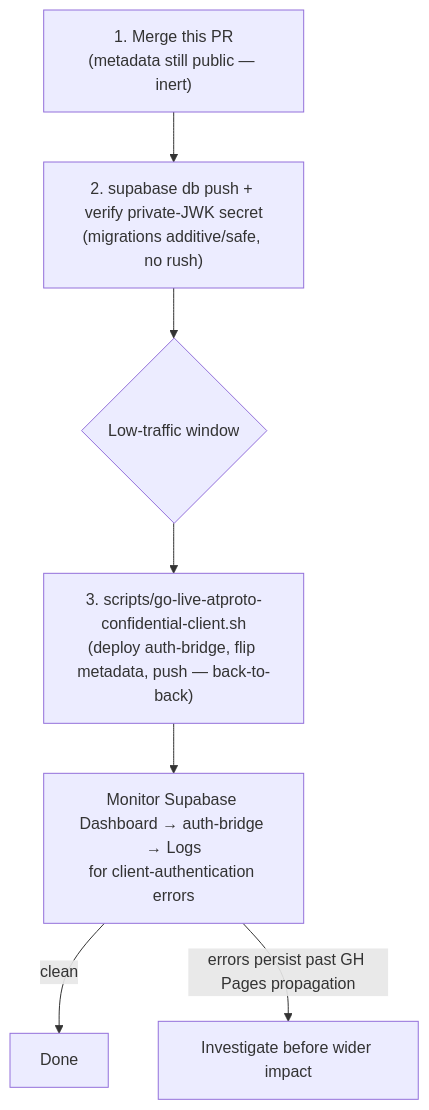
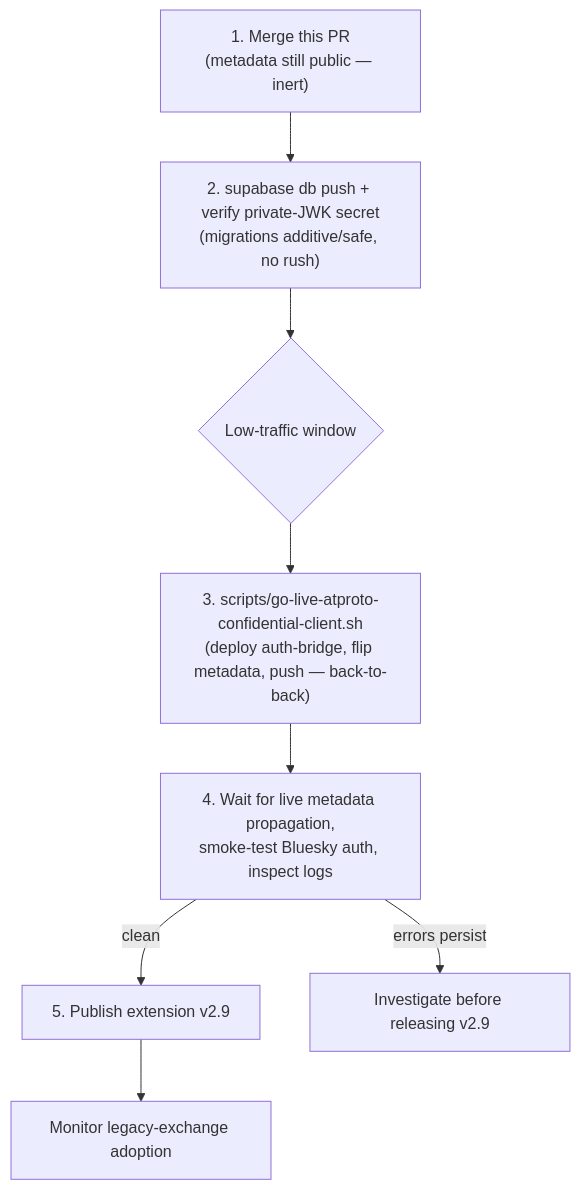
One commit to fettstorch/mustard changed the third of 3 diagrams in specs/atproto-auth/sketch.md. Above: the diagram before and after it, drawn with Mermaid. The commit also changed other lines of this file and 3 other files, not shown here.

````diff
--- a/specs/atproto-auth/sketch.md
+++ b/specs/atproto-auth/sketch.md
@@ -192,9 +193,10 @@
 ```mermaid
 flowchart TD
     A["1. Merge this PR<br/>(metadata still public — inert)"] --> B["2. supabase db push + verify private-JWK secret<br/>(migrations additive/safe, no rush)"]
     B --> C{"Low-traffic window"}
     C --> D["3. scripts/go-live-atproto-confidential-client.sh<br/>(deploy auth-bridge, flip metadata, push — back-to-back)"]
-    D --> F["Monitor Supabase Dashboard → auth-bridge → Logs<br/>for client-authentication errors"]
-    F -->|clean| G[Done]
-    F -->|errors persist past GH Pages propagation| H[Investigate before wider impact]
+    D --> E["4. Wait for live metadata propagation,<br/>smoke-test Bluesky auth, inspect logs"]
+    E -->|clean| F["5. Publish extension v2.9"]
+    E -->|errors persist| G[Investigate before releasing v2.9]
+    F --> H[Monitor legacy-exchange adoption]
 ```
````
